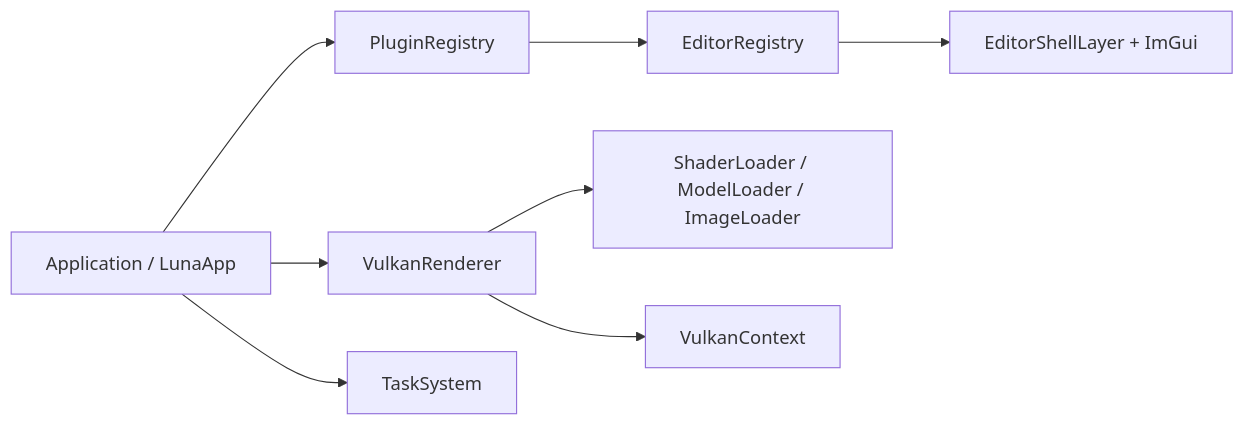
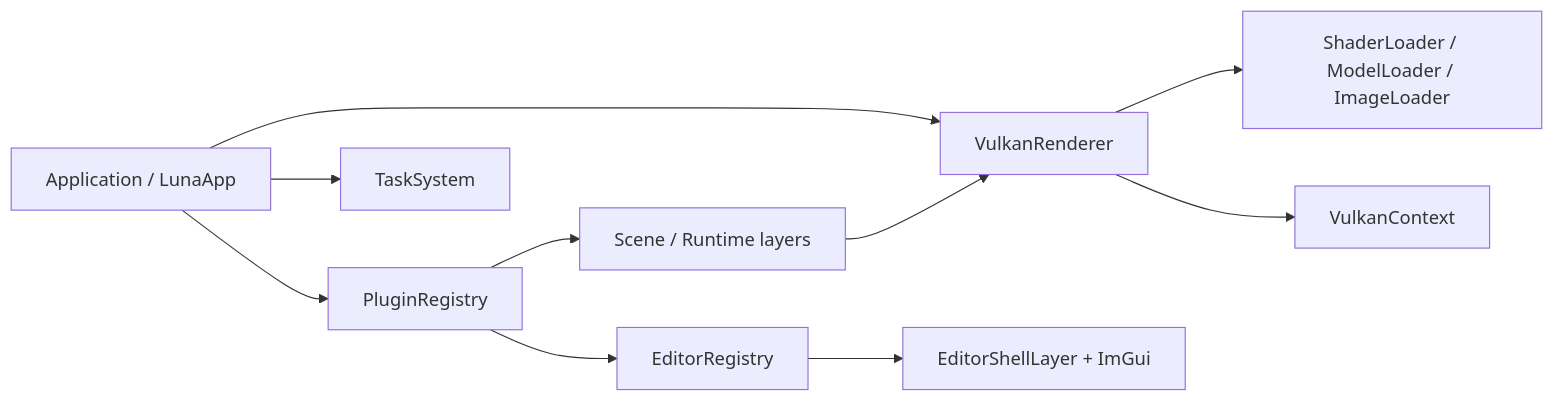
Before and after one commit to Yang-Junjie/Luna: the ninth of 9 diagrams in docs/manual/subsystems-manual.md, drawn with Mermaid. The commit also changed other lines of this file and 10 other files, not shown here.

````diff
--- a/docs/manual/subsystems-manual.md
+++ b/docs/manual/subsystems-manual.md
@@ -325,10 +404,12 @@
 ```mermaid
 graph LR
     Host[Application / LunaApp] --> Plugins[PluginRegistry]
     Plugins --> Editor[EditorRegistry]
+    Plugins --> Scene[Scene / Runtime layers]
     Host --> Renderer[VulkanRenderer]
     Host --> Tasks[TaskSystem]
+    Scene --> Renderer
     Renderer --> Assets[ShaderLoader / ModelLoader / ImageLoader]
     Renderer --> Vulkan[VulkanContext]
     Editor --> ImGui[EditorShellLayer + ImGui]
 ```
````
